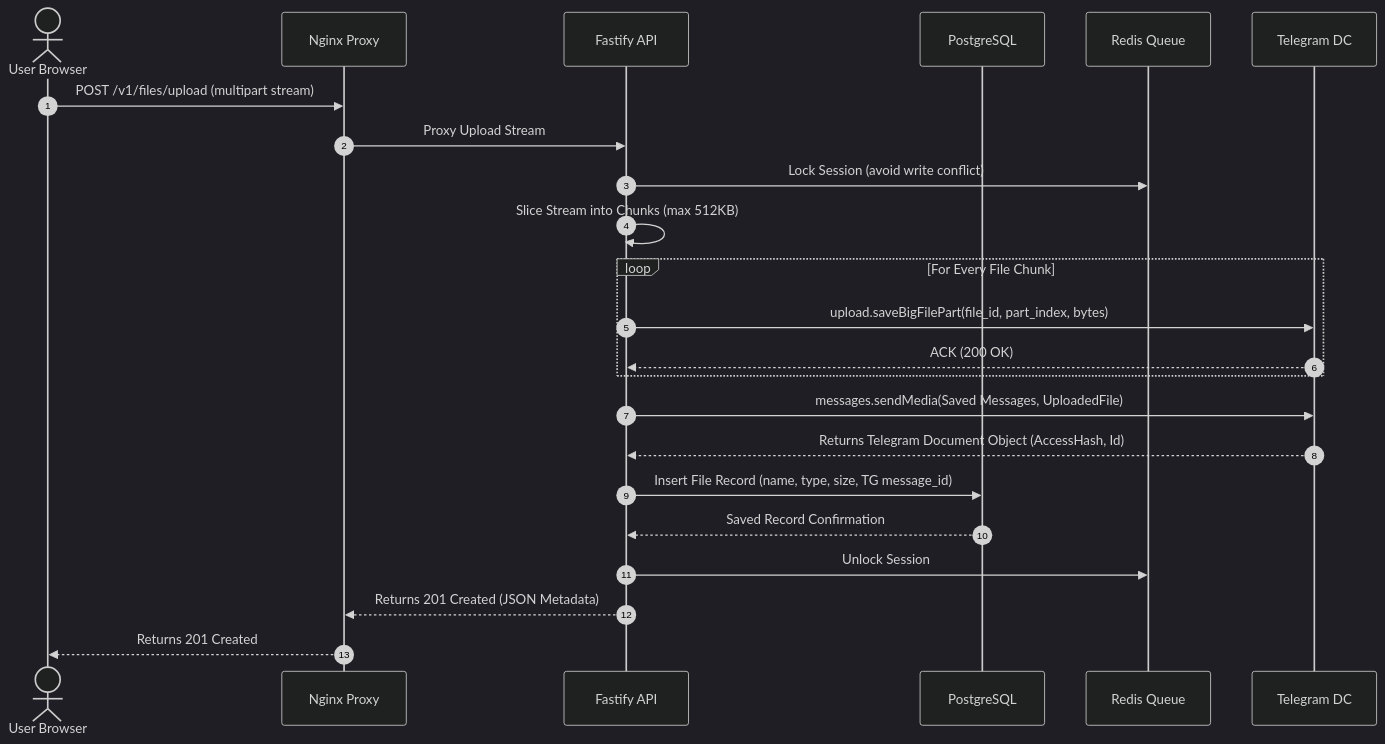
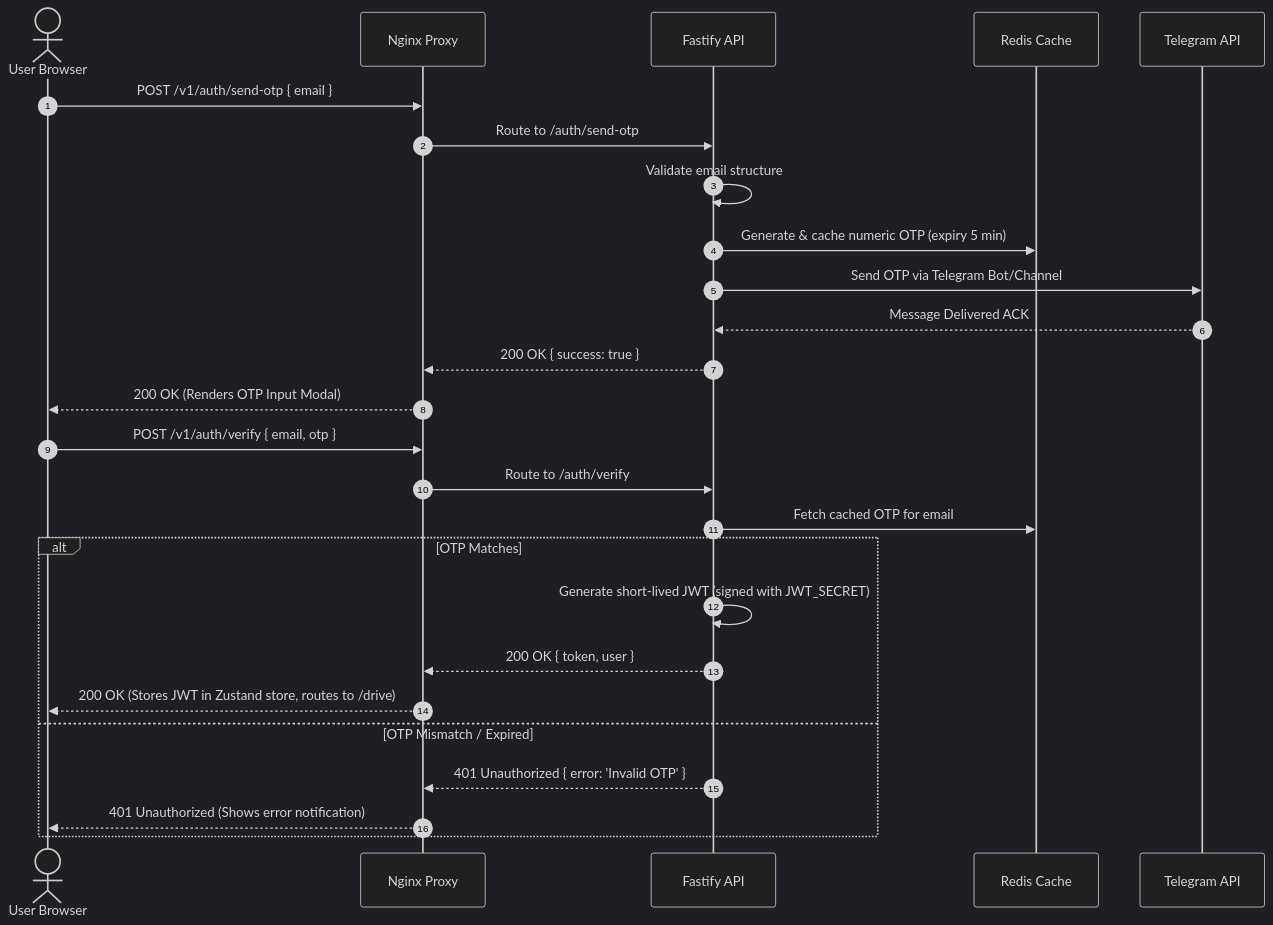
The diagram in mds/one-for-all.md (talpadeavi03/televerse), drawn with Mermaid (dark theme) before and after one commit. The commit also changed other lines of this file, not shown here.

````diff
--- a/mds/one-for-all.md
+++ b/mds/one-for-all.md
@@ -156,26 +234,30 @@
 ```mermaid
 sequenceDiagram
     autonumber
     actor User as User Browser
     participant Nginx as Nginx Proxy
     participant API as Fastify API
-    participant DB as PostgreSQL
-    participant Redis as Redis Queue
-    participant TG as Telegram DC
+    participant Redis as Redis Cache
+    participant TG as Telegram API
 
-    User->>Nginx: POST /v1/files/upload (multipart stream)
-    Nginx->>API: Proxy Upload Stream
-    API->>Redis: Lock Session (avoid write conflict)
-    API->>API: Slice Stream into Chunks (max 512KB)
-    loop For Every File Chunk
-        API->>TG: upload.saveBigFilePart(file_id, part_index, bytes)
-        TG-->>API: ACK (200 OK)
+    User->>Nginx: POST /v1/auth/send-otp { email }
+    Nginx->>API: Route to /auth/send-otp
+    API->>API: Validate email structure
+    API->>Redis: Generate & cache numeric OTP (expiry 5 min)
+    API->>TG: Send OTP via Telegram Bot/Channel
+    TG-->>API: Message Delivered ACK
+    API-->>Nginx: 200 OK { success: true }
+    Nginx-->>User: 200 OK (Renders OTP Input Modal)
+    
+    User->>Nginx: POST /v1/auth/verify { email, otp }
+    Nginx->>API: Route to /auth/verify
+    API->>Redis: Fetch cached OTP for email
+    alt OTP Matches
+        API->>API: Generate short-lived JWT (signed with JWT_SECRET)
+        API-->>Nginx: 200 OK { token, user }
+        Nginx-->>User: 200 OK (Stores JWT in Zustand store, routes to /drive)
+    else OTP Mismatch / Expired
+        API-->>Nginx: 401 Unauthorized { error: 'Invalid OTP' }
+        Nginx-->>User: 401 Unauthorized (Shows error notification)
     end
-    API->>TG: messages.sendMedia(Saved Messages, UploadedFile)
-    TG-->>API: Returns Telegram Document Object (AccessHash, Id)
-    API->>DB: Insert File Record (name, type, size, TG message_id)
-    DB-->>API: Saved Record Confirmation
-    API->>Redis: Unlock Session
-    API-->>Nginx: Returns 201 Created (JSON Metadata)
-    Nginx-->>User: Returns 201 Created
 ```
````
